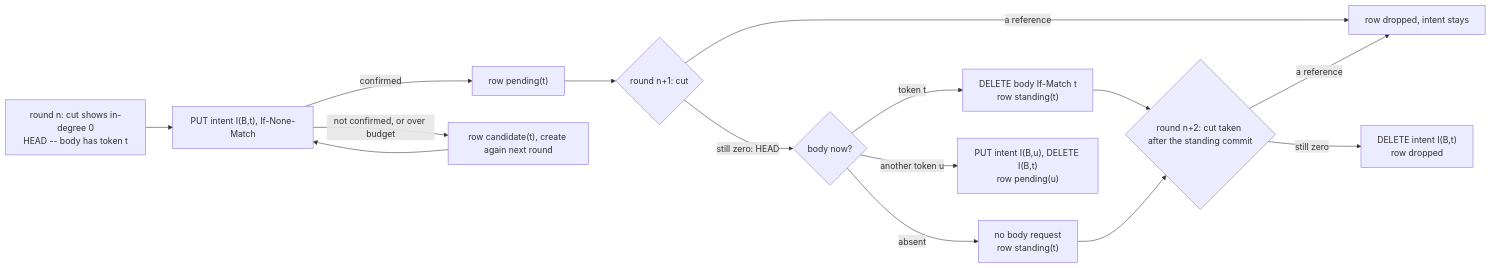
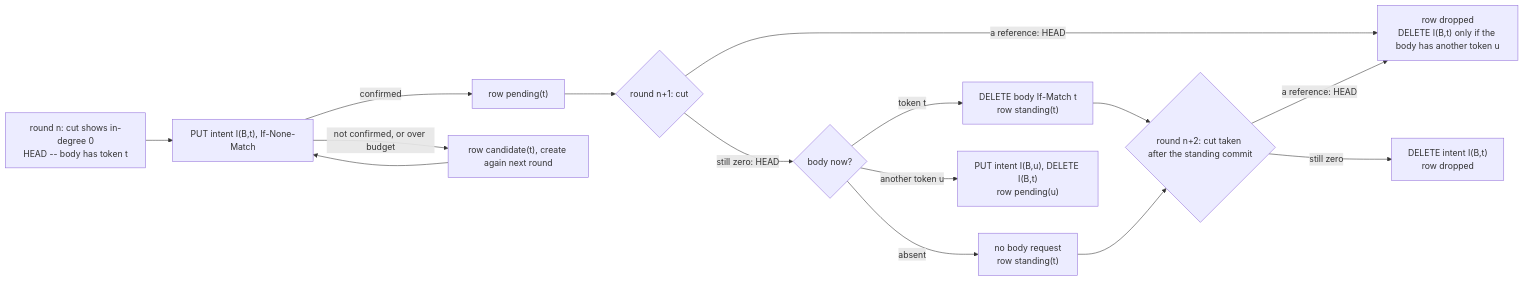
Before and after one commit to Altinity/ClickHouse: the third of 3 diagrams in docs/en/antalya/cas/architecture/garbage-collection.md, drawn with Mermaid. The commit also changed other lines of this file and 17 other files, not shown here.

First line of the commit message:
Delete a stale CAS blob intent when a spared row sees another body

````diff
--- a/docs/en/antalya/cas/architecture/garbage-collection.md
+++ b/docs/en/antalya/cas/architecture/garbage-collection.md
@@ -752,17 +753,17 @@
 ```mermaid
 flowchart LR
     A["round n: cut shows in-degree 0<br/>HEAD -- body has token t"] --> B["PUT intent I(B,t), If-None-Match"]
     B -->|confirmed| P["row pending(t)"]
     B -->|"not confirmed, or over budget"| C["row candidate(t), create again next round"]
     C --> B
     P --> D{"round n+1: cut"}
-    D -->|"a reference"| S["row dropped, intent stays"]
+    D -->|"a reference: HEAD"| S["row dropped<br/>DELETE I(B,t) only if the body has another token u"]
     D -->|"still zero: HEAD"| E{"body now?"}
     E -->|"token t"| F["DELETE body If-Match t<br/>row standing(t)"]
     E -->|"absent"| F2["no body request<br/>row standing(t)"]
     E -->|"another token u"| T["PUT intent I(B,u), DELETE I(B,t)<br/>row pending(u)"]
     F --> G{"round n+2: cut taken after the standing commit"}
     F2 --> G
-    G -->|"a reference"| S
+    G -->|"a reference: HEAD"| S
     G -->|"still zero"| H["DELETE intent I(B,t)<br/>row dropped"]
 ```
````
